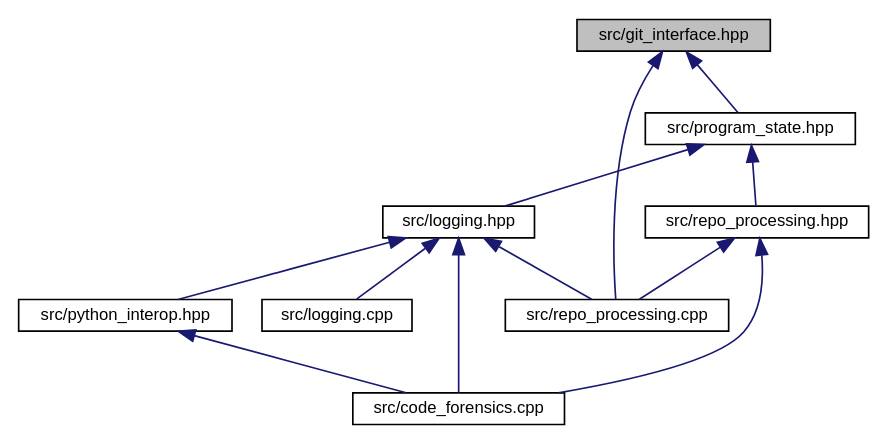
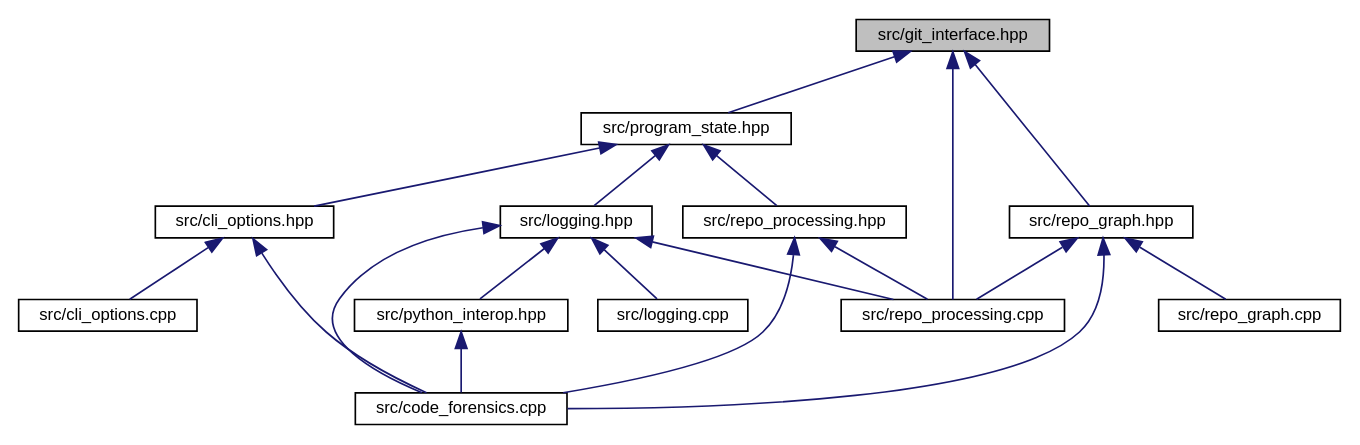
One commit to haxscramper/code_forensics changed the diagram in git__interface_8hpp__dep__incl.dot. Above: the diagram before and after it, drawn with Graphviz. The commit also changed 410 other files, not shown here.

```diff
--- a/git__interface_8hpp__dep__incl.dot
+++ b/git__interface_8hpp__dep__incl.dot
@@ -1,25 +1,36 @@
 digraph "src/git_interface.hpp"
 {
  // LATEX_PDF_SIZE
   edge [fontname="Helvetica",fontsize="10",labelfontname="Helvetica",labelfontsize="10"];
   node [fontname="Helvetica",fontsize="10",shape=record];
   Node1 [label="src/git_interface.hpp",height=0.2,width=0.4,color="black", fillcolor="grey75", style="filled", fontcolor="black",tooltip=" "];
   Node1 -> Node2 [dir="back",color="midnightblue",fontsize="10",style="solid",fontname="Helvetica"];
   Node2 [label="src/program_state.hpp",height=0.2,width=0.4,color="black", fillcolor="white", style="filled",URL="$program__state_8hpp.html",tooltip="Main code analysis state and configuration classes."];
   Node2 -> Node3 [dir="back",color="midnightblue",fontsize="10",style="solid",fontname="Helvetica"];
-  Node3 [label="src/logging.hpp",height=0.2,width=0.4,color="black", fillcolor="white", style="filled",URL="$logging_8hpp.html",tooltip=" "];
+  Node3 [label="src/cli_options.hpp",height=0.2,width=0.4,color="black", fillcolor="white", style="filled",URL="$cli__options_8hpp.html",tooltip=" "];
   Node3 -> Node4 [dir="back",color="midnightblue",fontsize="10",style="solid",fontname="Helvetica"];
-  Node4 [label="src/python_interop.hpp",height=0.2,width=0.4,color="black", fillcolor="white", style="filled",URL="$python__interop_8hpp.html",tooltip="Python module definition and interfacing classes."];
-  Node4 -> Node5 [dir="back",color="midnightblue",fontsize="10",style="solid",fontname="Helvetica"];
+  Node4 [label="src/cli_options.cpp",height=0.2,width=0.4,color="black", fillcolor="white", style="filled",URL="$cli__options_8cpp.html",tooltip=" "];
+  Node3 -> Node5 [dir="back",color="midnightblue",fontsize="10",style="solid",fontname="Helvetica"];
   Node5 [label="src/code_forensics.cpp",height=0.2,width=0.4,color="black", fillcolor="white", style="filled",URL="$code__forensics_8cpp.html",tooltip=" "];
-  Node3 -> Node5 [dir="back",color="midnightblue",fontsize="10",style="solid",fontname="Helvetica"];
-  Node3 -> Node6 [dir="back",color="midnightblue",fontsize="10",style="solid",fontname="Helvetica"];
-  Node6 [label="src/logging.cpp",height=0.2,width=0.4,color="black", fillcolor="white", style="filled",URL="$logging_8cpp.html",tooltip=" "];
-  Node3 -> Node7 [dir="back",color="midnightblue",fontsize="10",style="solid",fontname="Helvetica"];
-  Node7 [label="src/repo_processing.cpp",height=0.2,width=0.4,color="black", fillcolor="white", style="filled",URL="$repo__processing_8cpp.html",tooltip="repository processing algorithms"];
-  Node2 -> Node8 [dir="back",color="midnightblue",fontsize="10",style="solid",fontname="Helvetica"];
-  Node8 [label="src/repo_processing.hpp",height=0.2,width=0.4,color="black", fillcolor="white", style="filled",URL="$repo__processing_8hpp.html",tooltip="Headers for the repository processing algorithms."];
-  Node8 -> Node5 [dir="back",color="midnightblue",fontsize="10",style="solid",fontname="Helvetica"];
-  Node8 -> Node7 [dir="back",color="midnightblue",fontsize="10",style="solid",fontname="Helvetica"];
-  Node1 -> Node7 [dir="back",color="midnightblue",fontsize="10",style="solid",fontname="Helvetica"];
+  Node2 -> Node6 [dir="back",color="midnightblue",fontsize="10",style="solid",fontname="Helvetica"];
+  Node6 [label="src/logging.hpp",height=0.2,width=0.4,color="black", fillcolor="white", style="filled",URL="$logging_8hpp.html",tooltip=" "];
+  Node6 -> Node7 [dir="back",color="midnightblue",fontsize="10",style="solid",fontname="Helvetica"];
+  Node7 [label="src/python_interop.hpp",height=0.2,width=0.4,color="black", fillcolor="white", style="filled",URL="$python__interop_8hpp.html",tooltip="Python module definition and interfacing classes."];
+  Node7 -> Node5 [dir="back",color="midnightblue",fontsize="10",style="solid",fontname="Helvetica"];
+  Node6 -> Node5 [dir="back",color="midnightblue",fontsize="10",style="solid",fontname="Helvetica"];
+  Node6 -> Node8 [dir="back",color="midnightblue",fontsize="10",style="solid",fontname="Helvetica"];
+  Node8 [label="src/logging.cpp",height=0.2,width=0.4,color="black", fillcolor="white", style="filled",URL="$logging_8cpp.html",tooltip=" "];
+  Node6 -> Node9 [dir="back",color="midnightblue",fontsize="10",style="solid",fontname="Helvetica"];
+  Node9 [label="src/repo_processing.cpp",height=0.2,width=0.4,color="black", fillcolor="white", style="filled",URL="$repo__processing_8cpp.html",tooltip="repository processing algorithms"];
+  Node2 -> Node10 [dir="back",color="midnightblue",fontsize="10",style="solid",fontname="Helvetica"];
+  Node10 [label="src/repo_processing.hpp",height=0.2,width=0.4,color="black", fillcolor="white", style="filled",URL="$repo__processing_8hpp.html",tooltip="Headers for the repository processing algorithms."];
+  Node10 -> Node5 [dir="back",color="midnightblue",fontsize="10",style="solid",fontname="Helvetica"];
+  Node10 -> Node9 [dir="back",color="midnightblue",fontsize="10",style="solid",fontname="Helvetica"];
+  Node1 -> Node11 [dir="back",color="midnightblue",fontsize="10",style="solid",fontname="Helvetica"];
+  Node11 [label="src/repo_graph.hpp",height=0.2,width=0.4,color="black", fillcolor="white", style="filled",URL="$repo__graph_8hpp.html",tooltip=" "];
+  Node11 -> Node5 [dir="back",color="midnightblue",fontsize="10",style="solid",fontname="Helvetica"];
+  Node11 -> Node12 [dir="back",color="midnightblue",fontsize="10",style="solid",fontname="Helvetica"];
+  Node12 [label="src/repo_graph.cpp",height=0.2,width=0.4,color="black", fillcolor="white", style="filled",URL="$repo__graph_8cpp.html",tooltip=" "];
+  Node11 -> Node9 [dir="back",color="midnightblue",fontsize="10",style="solid",fontname="Helvetica"];
+  Node1 -> Node9 [dir="back",color="midnightblue",fontsize="10",style="solid",fontname="Helvetica"];
 }
```
